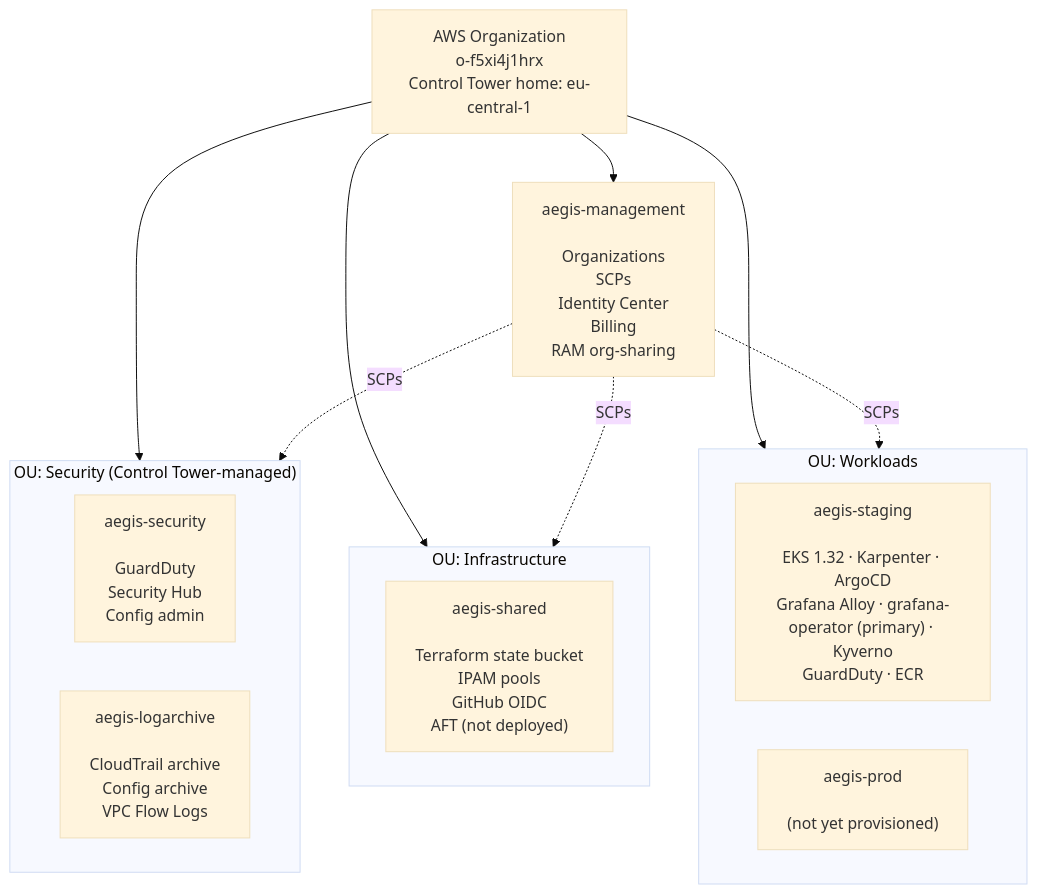
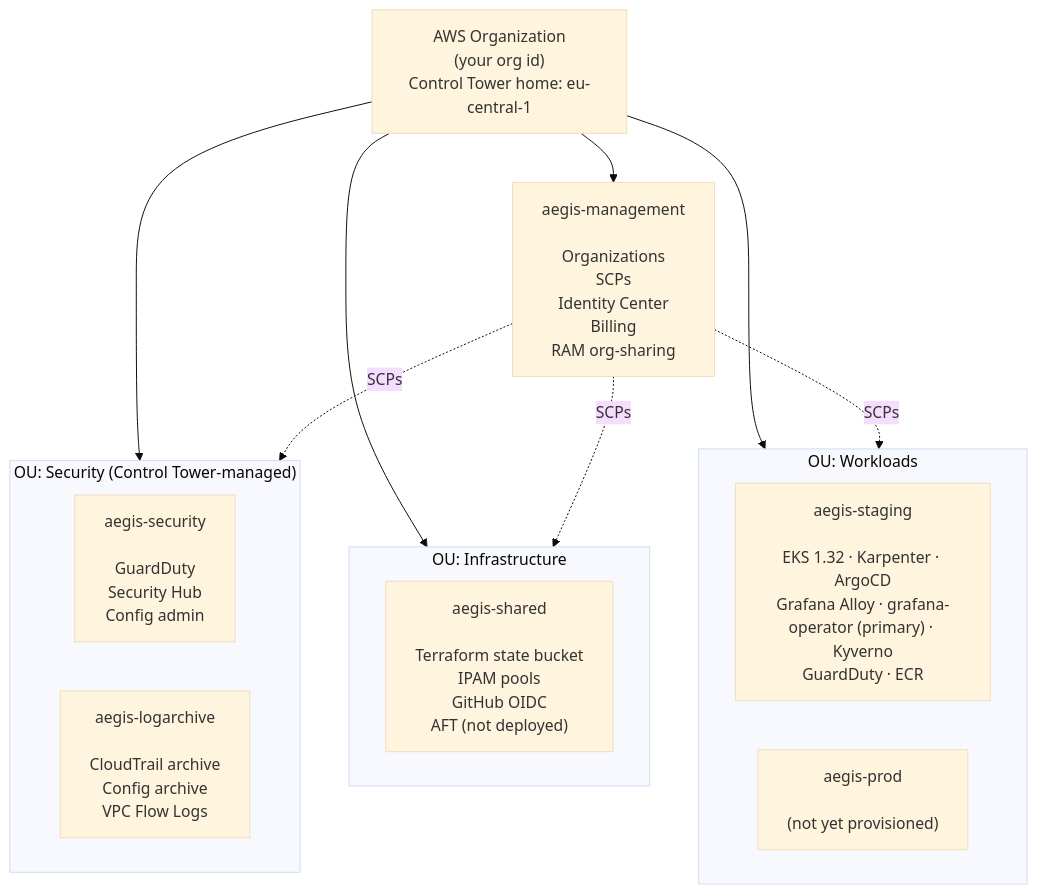
One commit to BinHsu/aegis-aws-landing-zone changed the first of 5 diagrams in docs/architecture.md. Above: the diagram before and after it, drawn with Mermaid (base theme). The commit also changed other lines of this file and 2 other files, not shown here.

````diff
--- a/docs/architecture.md
+++ b/docs/architecture.md
@@ -14,28 +14,28 @@
 ```mermaid
 flowchart TB
-  Org["AWS Organization<br/>o-f5xi4j1hrx<br/>Control Tower home: eu-central-1"]
+  Org["AWS Organization<br/>(your org id)<br/>Control Tower home: eu-central-1"]
 
   Mgmt["aegis-management<br/><br/>Organizations<br/>SCPs<br/>Identity Center<br/>Billing<br/>RAM org-sharing"]
 
   subgraph Security["OU: Security (Control Tower-managed)"]
     Sec["aegis-security<br/><br/>GuardDuty<br/>Security Hub<br/>Config admin"]
     Log["aegis-logarchive<br/><br/>CloudTrail archive<br/>Config archive<br/>VPC Flow Logs"]
   end
 
   subgraph Infra["OU: Infrastructure"]
     Shared["aegis-shared<br/><br/>Terraform state bucket<br/>IPAM pools<br/>GitHub OIDC<br/>AFT (not deployed)"]
   end
 
   subgraph Work["OU: Workloads"]
     Stg["aegis-staging<br/><br/>EKS 1.32 · Karpenter · ArgoCD<br/>Grafana Alloy · grafana-operator (primary) · Kyverno<br/>GuardDuty · ECR"]
     Prd["aegis-prod<br/><br/>(not yet provisioned)"]
   end
 
   Org --> Mgmt
   Org --> Security
   Org --> Infra
   Org --> Work
   Mgmt -. SCPs .-> Security
   Mgmt -. SCPs .-> Infra
   Mgmt -. SCPs .-> Work
 ```
````
